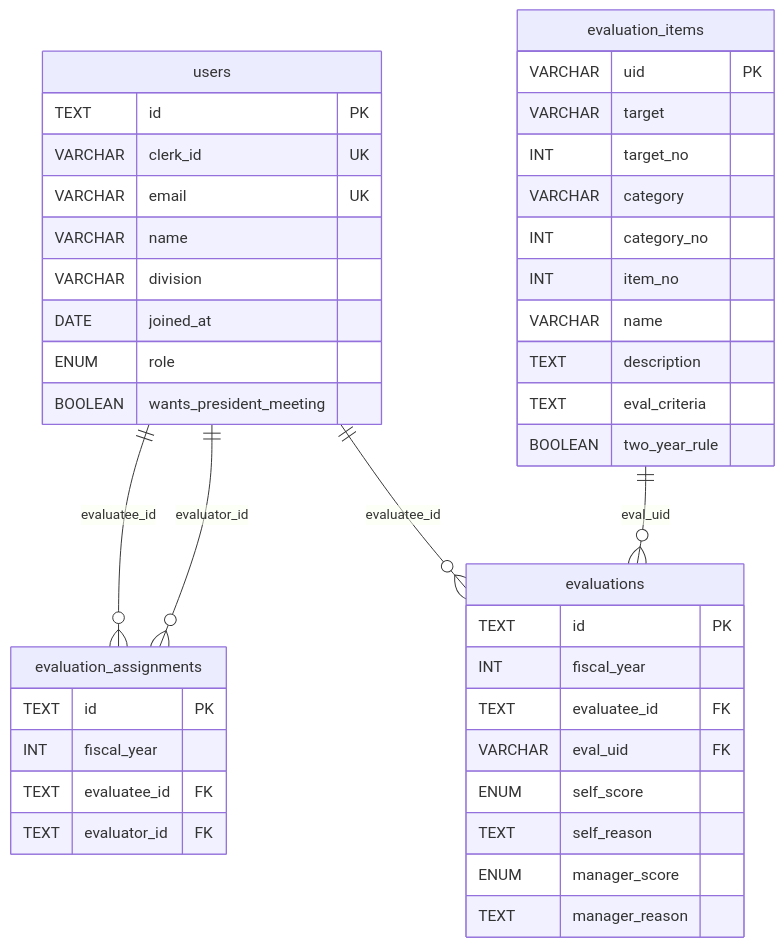
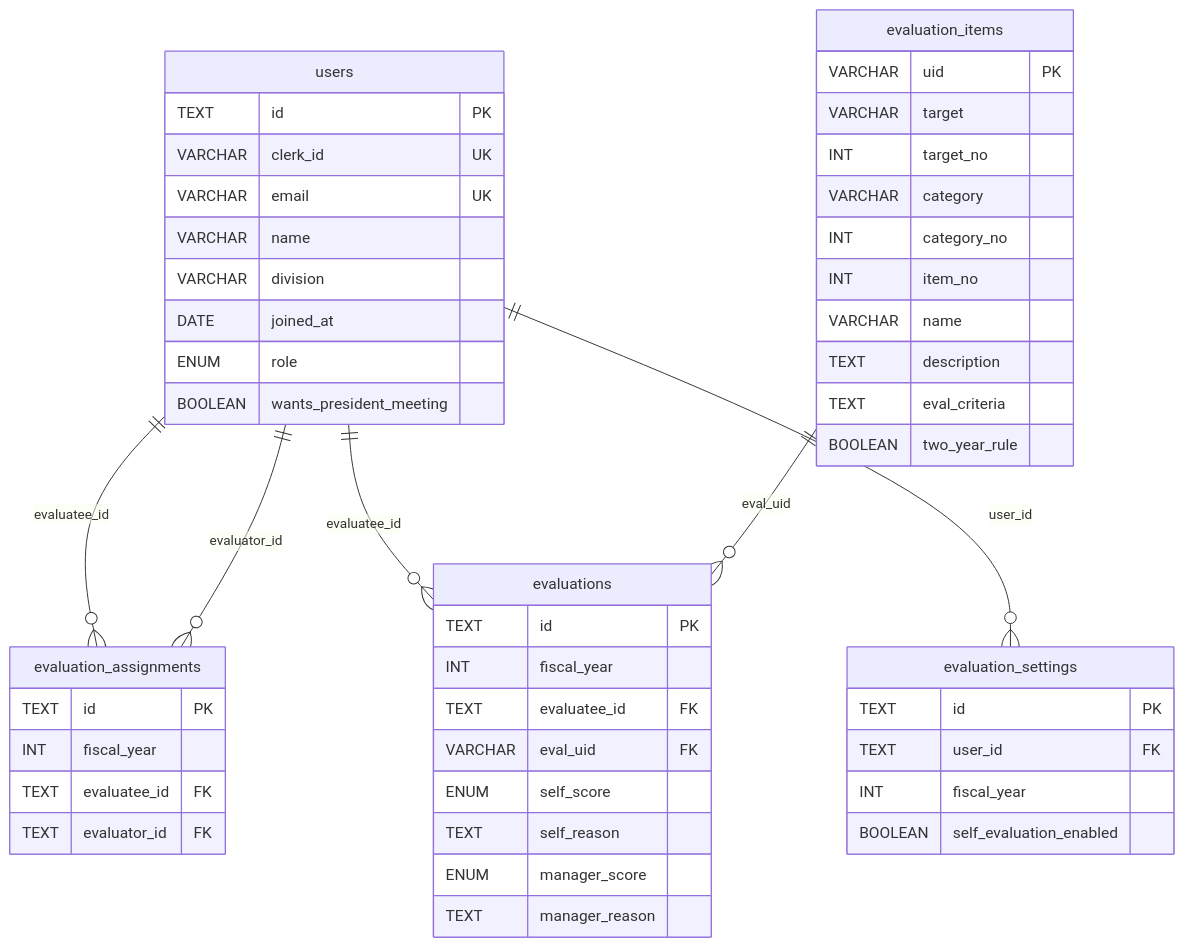
One commit to ot-nemoto/eval-hub changed the diagram in docs/schema.md. Above: the diagram before and after it, drawn with Mermaid. The commit also changed other lines of this file and 7 other files, not shown here.

````diff
--- a/docs/schema.md
+++ b/docs/schema.md
@@ -31,46 +32,54 @@
 ```mermaid
 erDiagram
     users {
         TEXT id PK
         VARCHAR clerk_id UK
         VARCHAR email UK
         VARCHAR name
         VARCHAR division
         DATE joined_at
         ENUM role
         BOOLEAN wants_president_meeting
     }
     evaluation_assignments {
         TEXT id PK
         INT fiscal_year
         TEXT evaluatee_id FK
         TEXT evaluator_id FK
     }
     evaluation_items {
         VARCHAR uid PK
         VARCHAR target
         INT target_no
         VARCHAR category
         INT category_no
         INT item_no
         VARCHAR name
         TEXT description
         TEXT eval_criteria
         BOOLEAN two_year_rule
     }
     evaluations {
         TEXT id PK
         INT fiscal_year
         TEXT evaluatee_id FK
         VARCHAR eval_uid FK
         ENUM self_score
         TEXT self_reason
         ENUM manager_score
         TEXT manager_reason
     }
 
+    evaluation_settings {
+        TEXT id PK
+        TEXT user_id FK
+        INT fiscal_year
+        BOOLEAN self_evaluation_enabled
+    }
+
     users ||--o{ evaluation_assignments : "evaluatee_id"
     users ||--o{ evaluation_assignments : "evaluator_id"
     users ||--o{ evaluations : "evaluatee_id"
+    users ||--o{ evaluation_settings : "user_id"
     evaluation_items ||--o{ evaluations : "eval_uid"
 ```
````
